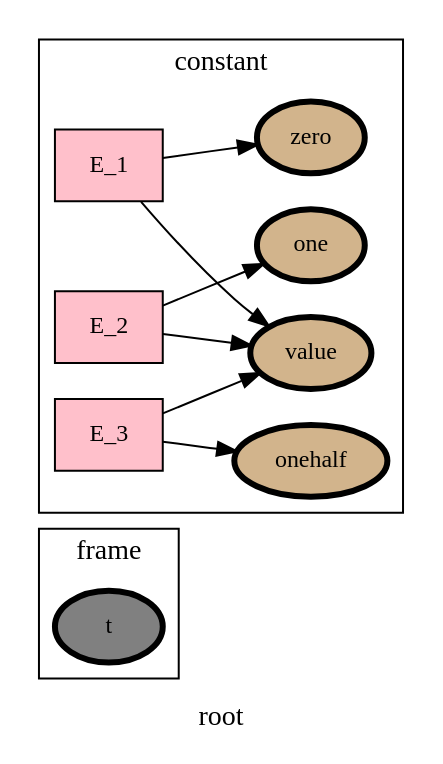
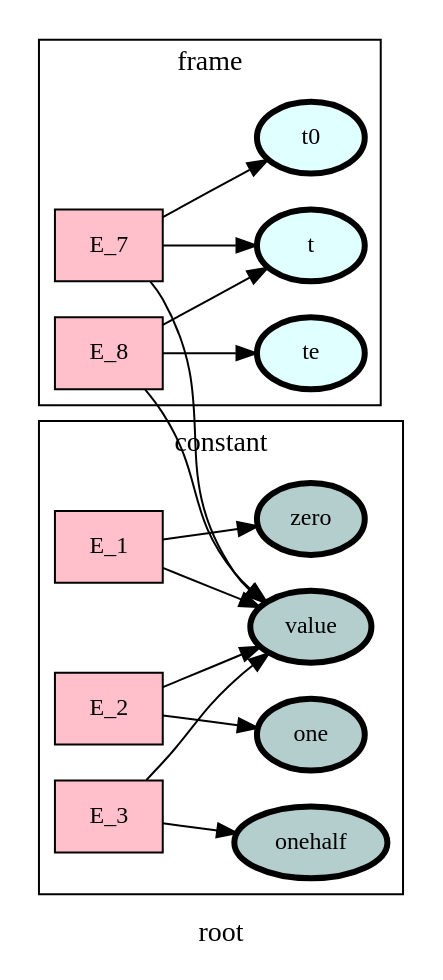
Before and after one commit to heinz-preisig/processes_distributed_no_interface_eqs: the diagram in ontology_graphs/graph__root.dot, drawn with Graphviz. The commit also changed 97 other files, not shown here.

```diff
--- a/ontology_graphs/graph__root.dot
+++ b/ontology_graphs/graph__root.dot
@@ -1,38 +1,48 @@
 digraph root {
 label=root;
 rankdir=LR;
 subgraph cluster_root___network {
 label=network;
 rankdir=LR;
 }
 
+E_7 -> V_1  [splines=ortho];
+E_7 -> V_5  [splines=ortho];
+E_8 -> V_1  [splines=ortho];
+E_8 -> V_5  [splines=ortho];
 subgraph cluster_root___frame {
 label=frame;
 rankdir=LR;
-V_5 [fillcolor=grey, fontsize=12, label=t, penwidth=3, style=filled];
+V_18 [fillcolor=lightcyan, fontsize=12, label=t0, penwidth=3, style=filled];
+V_19 [fillcolor=lightcyan, fontsize=12, label=te, penwidth=3, style=filled];
+V_5 [fillcolor=lightcyan, fontsize=12, label=t, penwidth=3, style=filled];
+E_7 [fillcolor=pink, fontsize=12, shape=box, style=filled];
+E_7 -> V_18  [splines=ortho];
+E_8 [fillcolor=pink, fontsize=12, shape=box, style=filled];
+E_8 -> V_19  [splines=ortho];
 }
 
 subgraph cluster_root___state {
 label=state;
 rankdir=LR;
 }
 
 E_1 -> V_1  [splines=ortho];
 E_2 -> V_1  [splines=ortho];
 E_3 -> V_1  [splines=ortho];
 subgraph cluster_root___constant {
 label=constant;
 rankdir=LR;
-V_1 [fillcolor=tan, fontsize=12, label=value, penwidth=3, style=filled];
-V_2 [fillcolor=tan, fontsize=12, label=zero, penwidth=3, style=filled];
-V_3 [fillcolor=tan, fontsize=12, label=one, penwidth=3, style=filled];
-V_4 [fillcolor=tan, fontsize=12, label=onehalf, penwidth=3, style=filled];
+V_1 [fillcolor=lightcyan3, fontsize=12, label=value, penwidth=3, style=filled];
+V_2 [fillcolor=lightcyan3, fontsize=12, label=zero, penwidth=3, style=filled];
+V_3 [fillcolor=lightcyan3, fontsize=12, label=one, penwidth=3, style=filled];
+V_4 [fillcolor=lightcyan3, fontsize=12, label=onehalf, penwidth=3, style=filled];
 E_1 [fillcolor=pink, fontsize=12, shape=box, style=filled];
 E_1 -> V_2  [splines=ortho];
 E_2 [fillcolor=pink, fontsize=12, shape=box, style=filled];
 E_2 -> V_3  [splines=ortho];
 E_3 [fillcolor=pink, fontsize=12, shape=box, style=filled];
 E_3 -> V_4  [splines=ortho];
 }
 
 }
```
